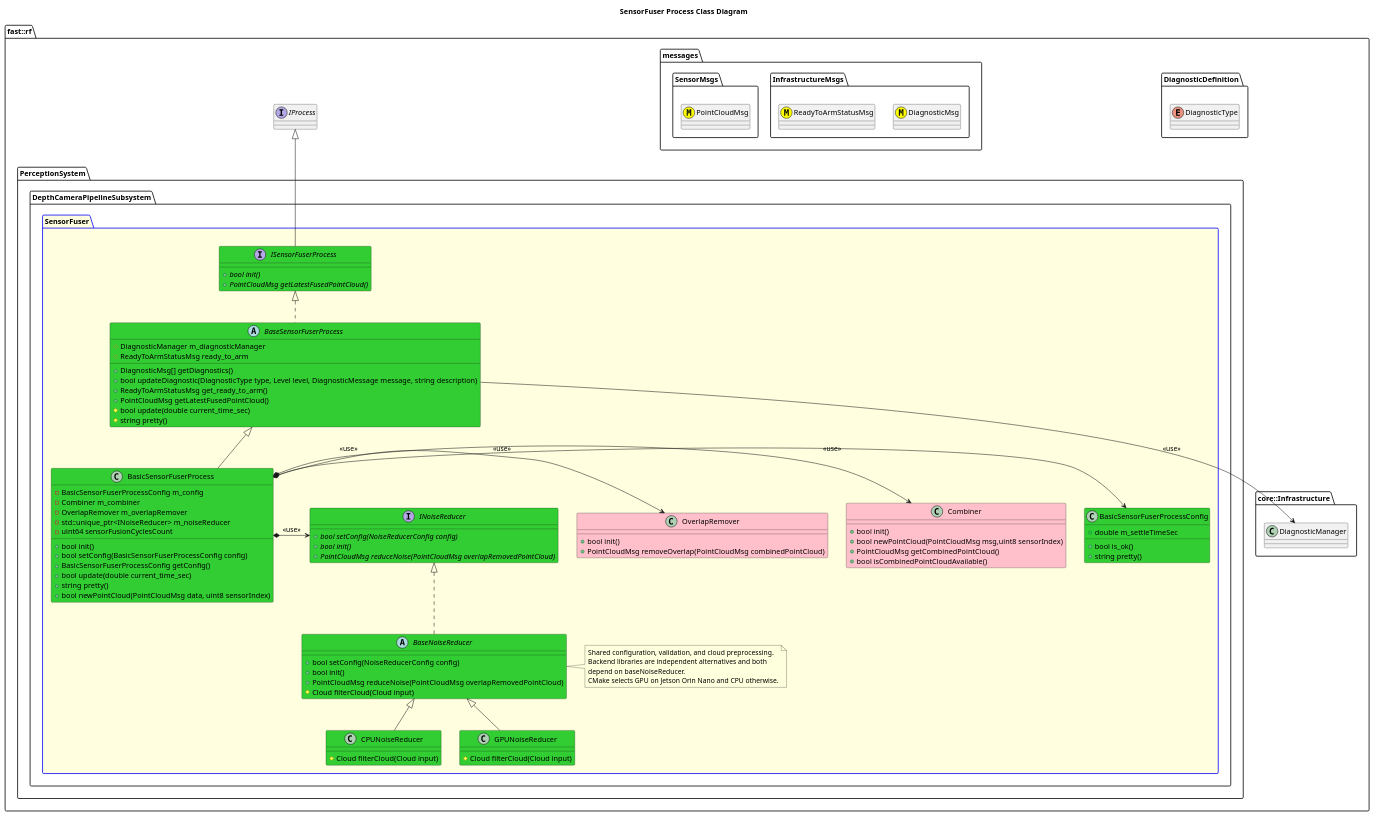
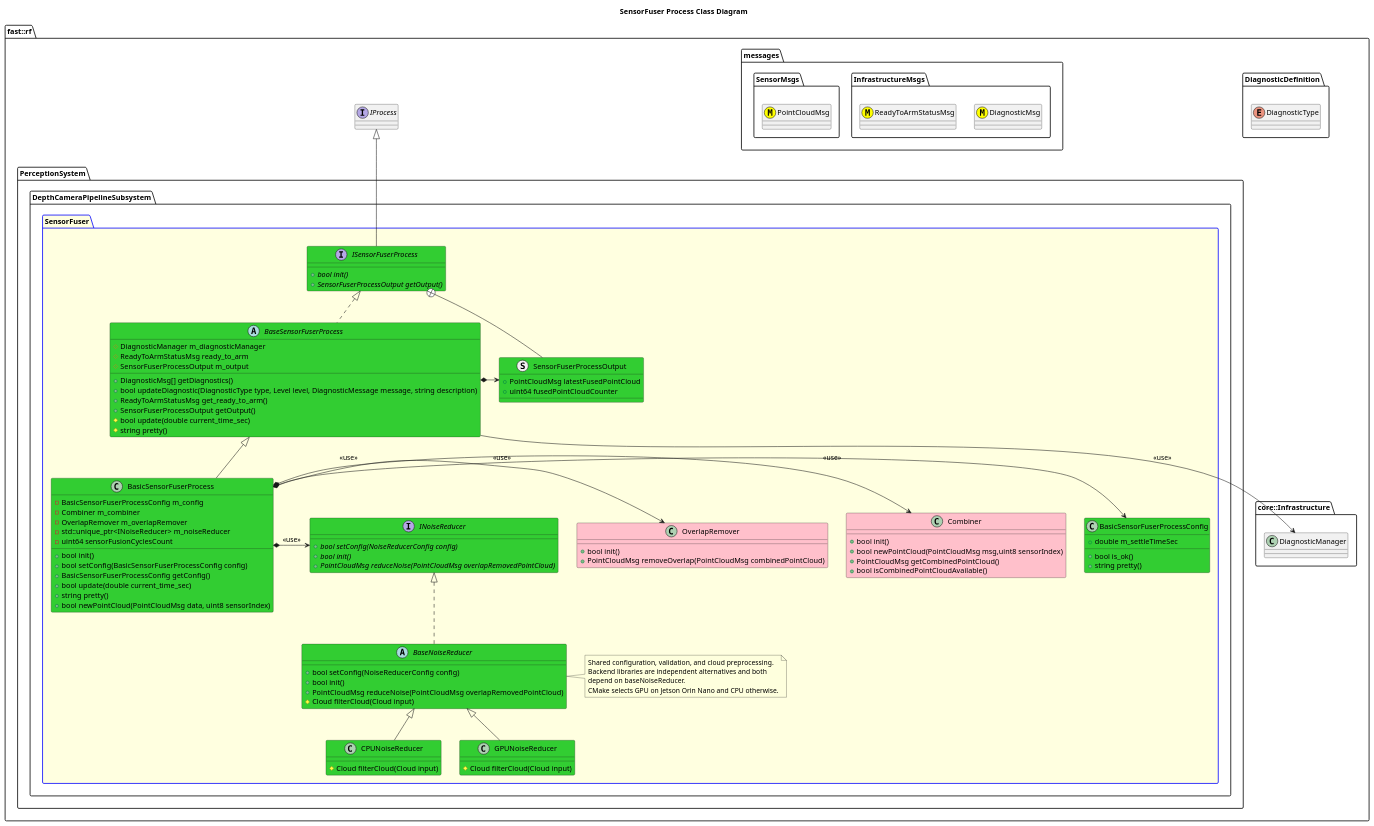
The diagram in Systems/Perception/Subsystems/DepthCameraPipeline/Processes/SensorFuser/doc/puml/SensorFuserProcessClassDiagram.puml (fastrobotics/robot_framework), drawn with PlantUML before and after one commit. The commit also changed 3 other files, not shown here.

```diff
--- a/Systems/Perception/Subsystems/DepthCameraPipeline/Processes/SensorFuser/doc/puml/SensorFuserProcessClassDiagram.puml
+++ b/Systems/Perception/Subsystems/DepthCameraPipeline/Processes/SensorFuser/doc/puml/SensorFuserProcessClassDiagram.puml
@@ -2,105 +2,112 @@
 @startuml
 title SensorFuser Process Class Diagram
 
 namespace fast::rf {
     namespace DiagnosticDefinition {
         enum DiagnosticType
     }
     namespace messages {
         namespace InfrastructureMsgs {
             class DiagnosticMsg <<(M,#FFFF00)>>
             class ReadyToArmStatusMsg <<(M,#FFFF00)>>
         }
         namespace SensorMsgs {
             class PointCloudMsg <<(M,#FFFF00)>>
         }
     }
     namespace core::Infrastructure {
         class DiagnosticManager
     }
     interface IProcess
     namespace PerceptionSystem {
         namespace DepthCameraPipelineSubsystem {
             package SensorFuser #LightYellow;line:blue {
                 class Combiner #Pink {
                     +bool init()
                     +bool newPointCloud(PointCloudMsg msg,uint8 sensorIndex)
                     +PointCloudMsg getCombinedPointCloud()
                     +bool isCombinedPointCloudAvailable()
                 }
                 class OverlapRemover #Pink {
                     +bool init()
                     +PointCloudMsg removeOverlap(PointCloudMsg combinedPointCloud)
                 }
                 interface INoiseReducer #LimeGreen {
                     +{abstract} bool setConfig(NoiseReducerConfig config)
                     +{abstract} bool init()
                     +{abstract} PointCloudMsg reduceNoise(PointCloudMsg overlapRemovedPointCloud)
                 }
                 abstract BaseNoiseReducer #LimeGreen {
                     +bool setConfig(NoiseReducerConfig config)
                     +bool init()
                     +PointCloudMsg reduceNoise(PointCloudMsg overlapRemovedPointCloud)
                     #Cloud filterCloud(Cloud input)
                 }
                 class CPUNoiseReducer #LimeGreen {
                     #Cloud filterCloud(Cloud input)
                 }
                 class GPUNoiseReducer #LimeGreen {
                     #Cloud filterCloud(Cloud input)
                 }
                 note right of BaseNoiseReducer
                     Shared configuration, validation, and cloud preprocessing.
                     Backend libraries are independent alternatives and both
                     depend on baseNoiseReducer.
                     CMake selects GPU on Jetson Orin Nano and CPU otherwise.
                 end note
                 BaseNoiseReducer .up.|> INoiseReducer
                 CPUNoiseReducer -up-|> BaseNoiseReducer
                 GPUNoiseReducer -up-|> BaseNoiseReducer
+                struct SensorFuserProcessOutput #LimeGreen {
+                    +PointCloudMsg latestFusedPointCloud
+                    +uint64 fusedPointCloudCounter
+                }
                 interface ISensorFuserProcess #LimeGreen  {
                     +{abstract} bool init()
-                    +{abstract} PointCloudMsg getLatestFusedPointCloud()
+                    +{abstract} SensorFuserProcessOutput getOutput()
                 }
+                ISensorFuserProcess +-- SensorFuserProcessOutput
                 ISensorFuserProcess -up-|> IProcess
                 abstract BaseSensorFuserProcess #LimeGreen {
                     +DiagnosticMsg[] getDiagnostics()
                     +bool updateDiagnostic(DiagnosticType type, Level level, DiagnosticMessage message, string description)
                     +ReadyToArmStatusMsg get_ready_to_arm()
-                    +PointCloudMsg getLatestFusedPointCloud()
+                    +SensorFuserProcessOutput getOutput()
                     #bool update(double current_time_sec)
                     #string pretty()
                     #DiagnosticManager m_diagnosticManager
                     #ReadyToArmStatusMsg ready_to_arm
+                    #SensorFuserProcessOutput m_output
 
                 }
                 BaseSensorFuserProcess .up.|> ISensorFuserProcess
                 BaseSensorFuserProcess --> DiagnosticManager: <<use>>
+                BaseSensorFuserProcess *-> SensorFuserProcessOutput
                 class BasicSensorFuserProcessConfig #LimeGreen {
                     +bool is_ok()
                     +string pretty()
                     +double m_settleTimeSec
                 }
                 class BasicSensorFuserProcess #LimeGreen {
                     +bool init()
                     +bool setConfig(BasicSensorFuserProcessConfig config)
                     +BasicSensorFuserProcessConfig getConfig()
                     +bool update(double current_time_sec)
                     +string pretty()
                     +bool newPointCloud(PointCloudMsg data, uint8 sensorIndex)
                     -BasicSensorFuserProcessConfig m_config
                     -Combiner m_combiner
                     -OverlapRemover m_overlapRemover
                     -std::unique_ptr<INoiseReducer> m_noiseReducer
                     -uint64 sensorFusionCyclesCount
                 }
                 BasicSensorFuserProcess -up-|> BaseSensorFuserProcess
                 BasicSensorFuserProcess *-> BasicSensorFuserProcessConfig: <<use>>
                 BasicSensorFuserProcess *-> Combiner: <<use>>
                 BasicSensorFuserProcess *-> OverlapRemover: <<use>>
                 BasicSensorFuserProcess *-> INoiseReducer: <<use>>
             }
         }
     }
 }
 @enduml
```
